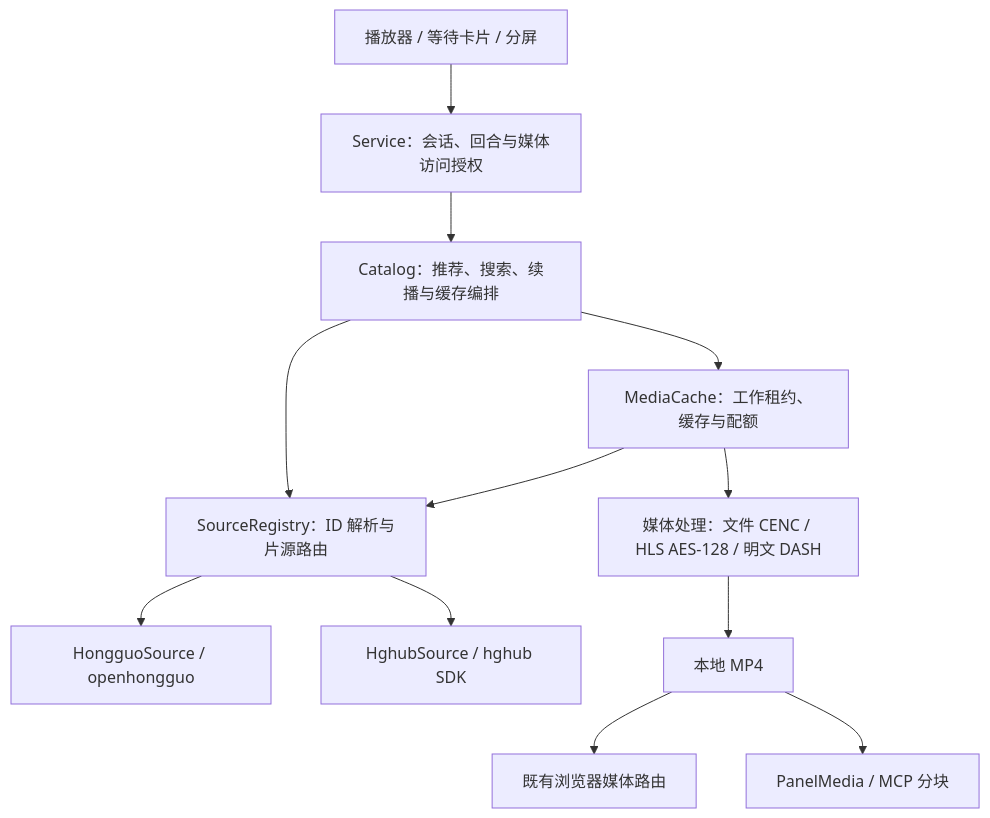
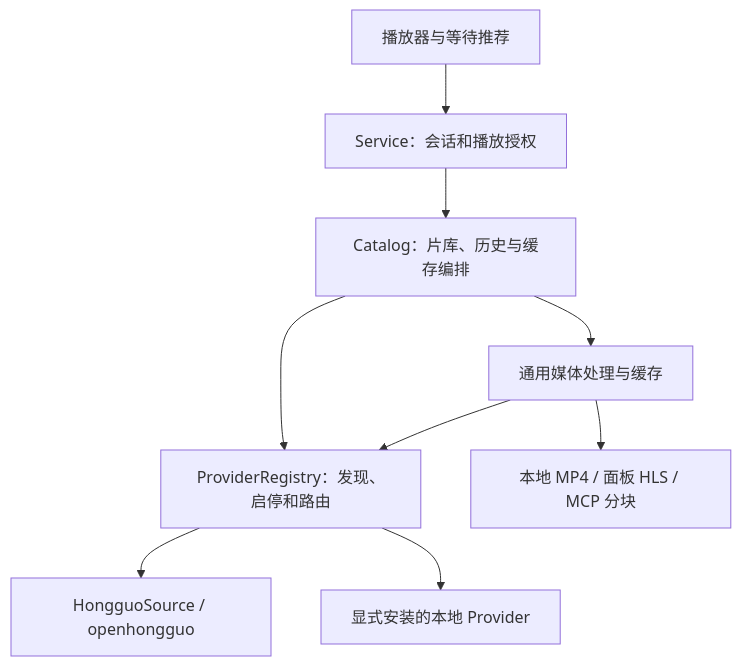
The diagram in docs/design/video-source-adapters.md (mreasonyang/codex-hongguo), drawn with Mermaid before and after one commit. The commit also changed other lines of this file and 32 other files, not shown here.

Commit message:
refactor: remove Huangguo provider and retain plugin architecture

````diff
--- a/docs/design/video-source-adapters.md
+++ b/docs/design/video-source-adapters.md
@@ -21,14 +7,11 @@
 ```mermaid
 flowchart TD
-  UI[播放器 / 等待卡片 / 分屏] --> S[Service：会话、回合与媒体访问授权]
-  S --> C[Catalog：推荐、搜索、续播与缓存编排]
-  C --> R[SourceRegistry：ID 解析与片源路由]
+  UI[播放器与等待推荐] --> S[Service：会话和播放授权]
+  S --> C[Catalog：片库、历史与缓存编排]
+  C --> R[ProviderRegistry：发现、启停和路由]
   R --> H[HongguoSource / openhongguo]
-  R --> G[HghubSource / hghub SDK]
-  C --> M[MediaCache：工作租约、缓存与配额]
+  R --> P[显式安装的本地 Provider]
+  C --> M[通用媒体处理与缓存]
   M --> R
-  M --> P[媒体处理：文件 CENC / HLS AES-128 / 明文 DASH]
-  P --> F[本地 MP4]
-  F --> B[既有浏览器媒体路由]
-  F --> PM[PanelMedia / MCP 分块]
+  M --> F[本地 MP4 / 面板 HLS / MCP 分块]
 ```
````
